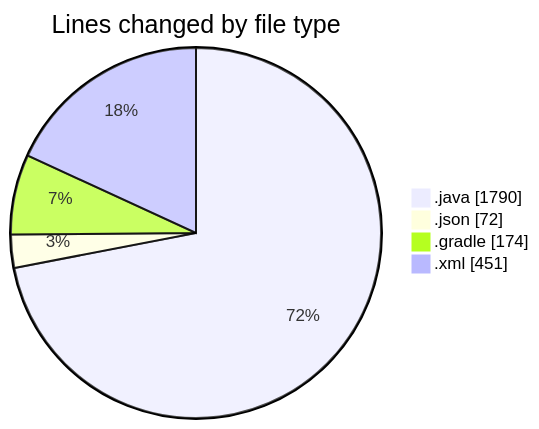
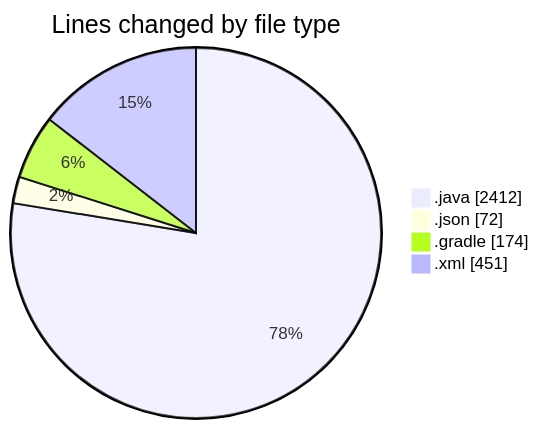
Before and after one commit to charlie-sans/code-tracking: the first of 2 diagrams in 2025-02-22/micros/README.md, drawn with Mermaid. The commit also changed other lines of this file and 1 other file, not shown here.

````diff
--- a/2025-02-22/micros/README.md
+++ b/2025-02-22/micros/README.md
@@ -38,8 +42,8 @@
 ```mermaid
 pie showData
 title Lines changed by file type
-".java" : 1790
+".java" : 2412
 ".json" : 72
 ".gradle" : 174
 ".xml" : 451
 ```
````
